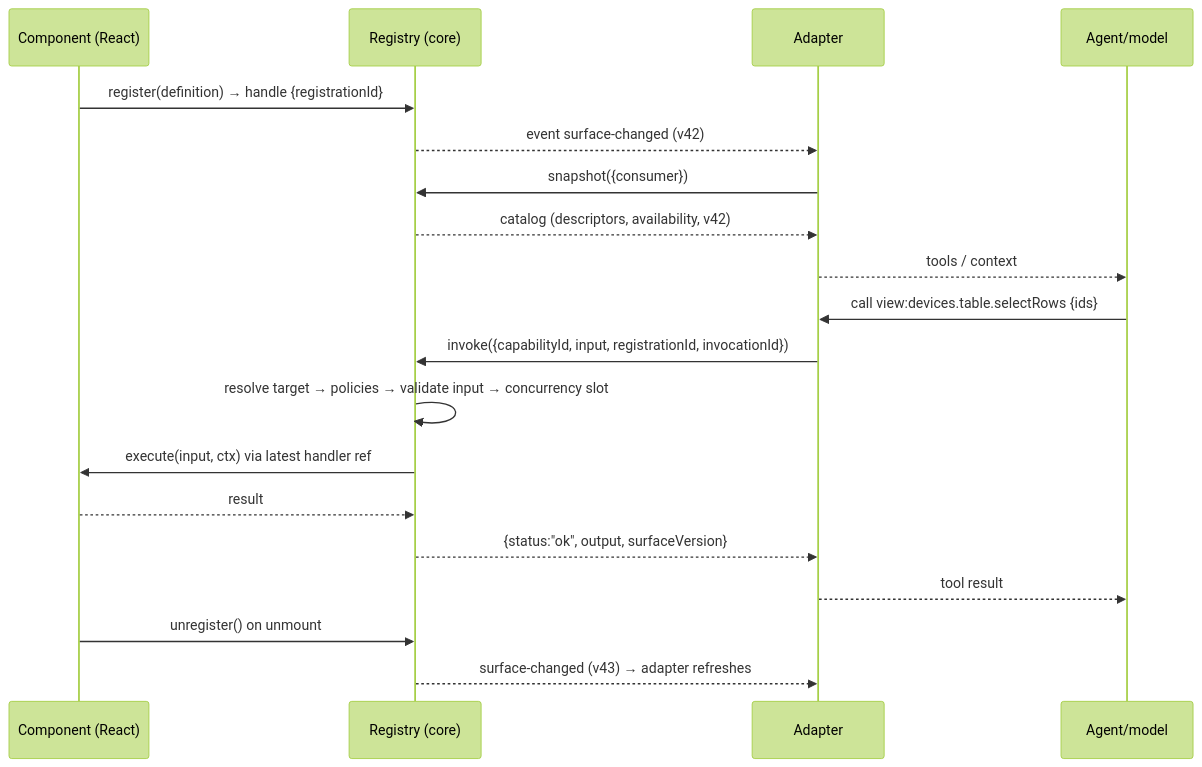
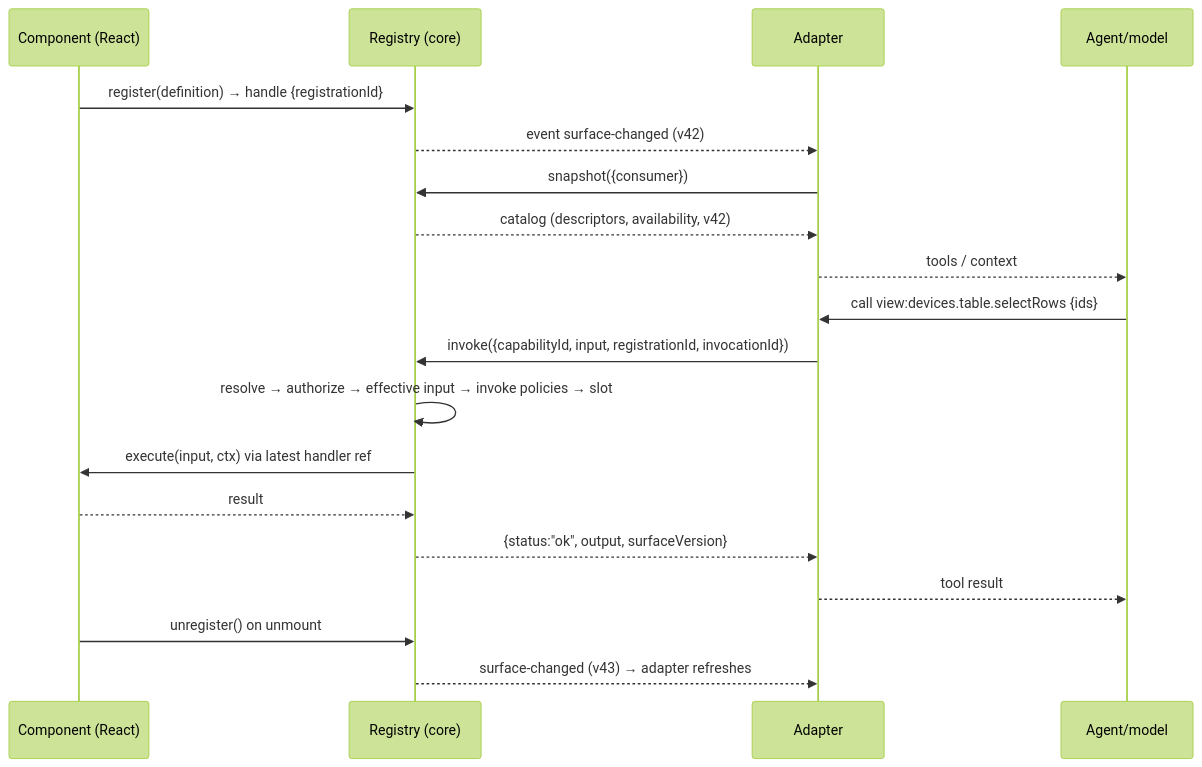
The third of 3 diagrams in docs/02-architecture.md (Wiseair-srl/agent-surface), drawn with Mermaid (forest theme) before and after one commit. The commit also changed other lines of this file and 45 other files, not shown here.

````diff
--- a/docs/02-architecture.md
+++ b/docs/02-architecture.md
@@ -95,22 +96,22 @@
 ```mermaid
 sequenceDiagram
     participant C as Component (React)
     participant R as Registry (core)
     participant A as Adapter
     participant M as Agent/model
 
     C->>R: register(definition) → handle {registrationId}
     R-->>A: event surface-changed (v42)
     A->>R: snapshot({consumer})
     R-->>A: catalog (descriptors, availability, v42)
     A-->>M: tools / context
     M->>A: call view:devices.table.selectRows {ids}
     A->>R: invoke({capabilityId, input, registrationId, invocationId})
-    R->>R: resolve target → policies → validate input → concurrency slot
+    R->>R: resolve → authorize → effective input → invoke policies → slot
     R->>C: execute(input, ctx) via latest handler ref
     C-->>R: result
     R-->>A: {status:"ok", output, surfaceVersion}
     A-->>M: tool result
     C->>R: unregister() on unmount
     R-->>A: surface-changed (v43) → adapter refreshes
 ```
````
